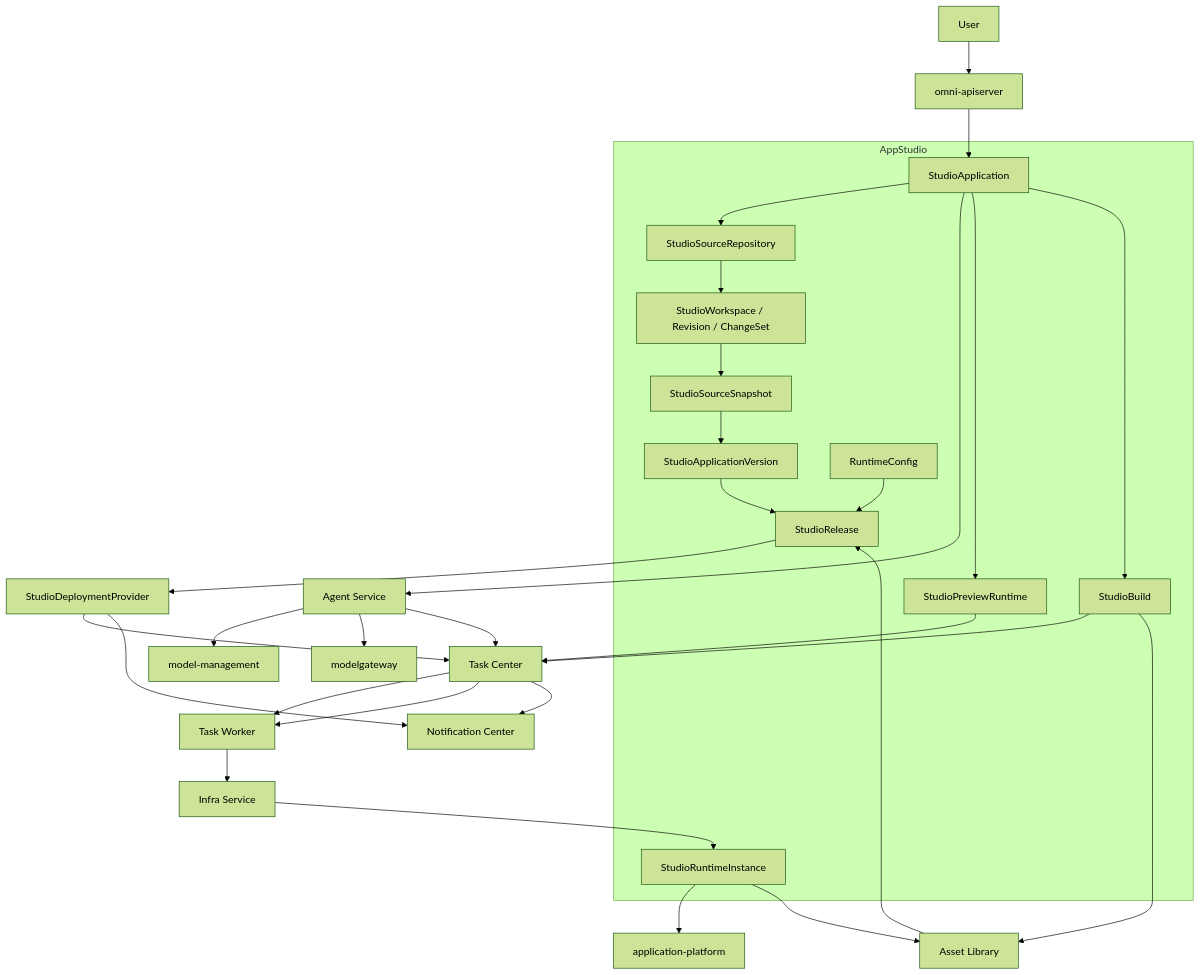
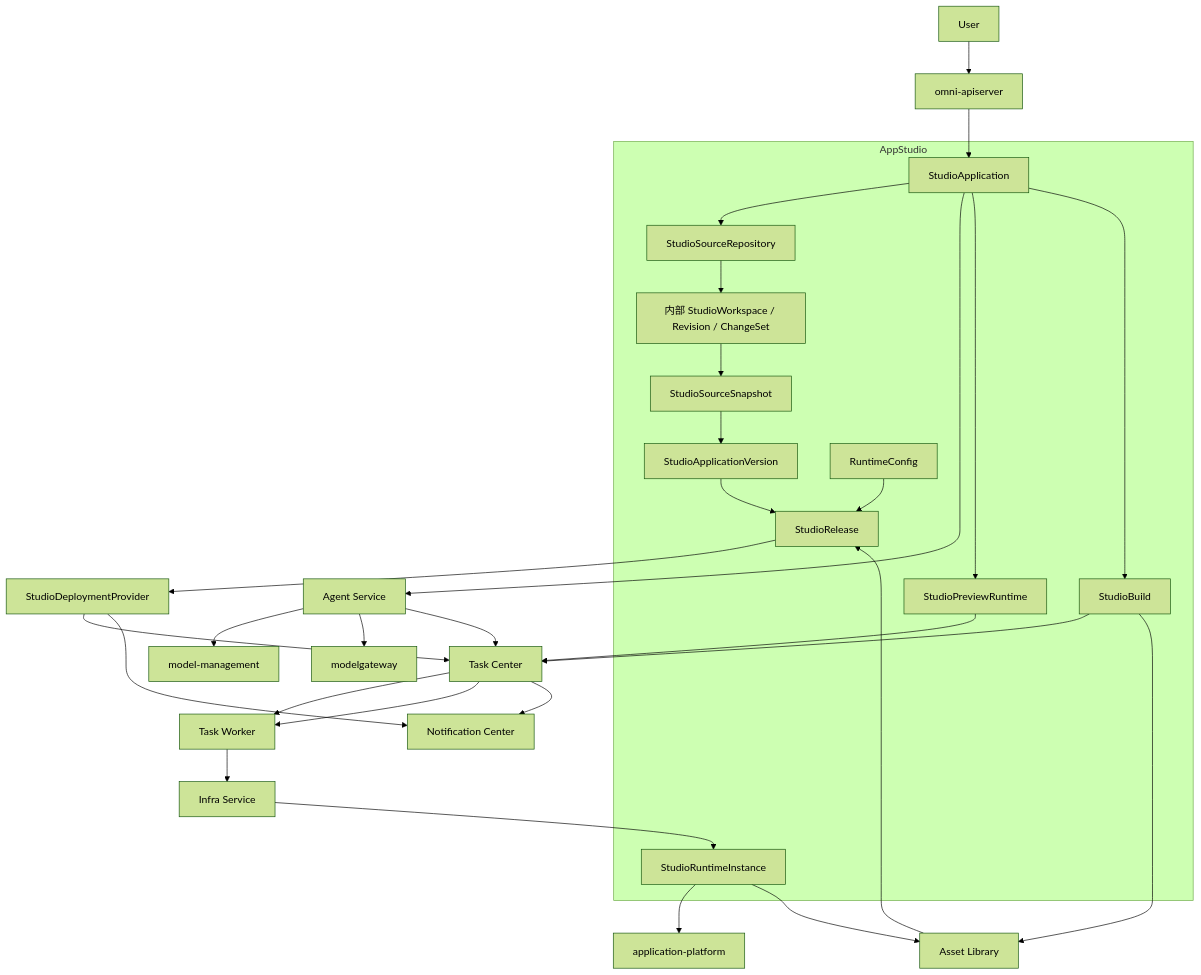
One commit to wangweihong/omnimam-spec changed the first of 11 diagrams in 00_product/domains/appstudio/product-spec.md. Above: the diagram before and after it, drawn with Mermaid (forest theme). The commit also changed other lines of this file and 23 other files, not shown here.

````diff
--- a/00_product/domains/appstudio/product-spec.md
+++ b/00_product/domains/appstudio/product-spec.md
@@ -293,65 +293,65 @@
 ```mermaid
 flowchart TB
     USER[User]
     API[omni-apiserver]
 
     subgraph STUDIO["AppStudio"]
         APPLICATION[StudioApplication]
         REPOSITORY[StudioSourceRepository]
-        WORKSPACE[StudioWorkspace / Revision / ChangeSet]
+        WORKSPACE[内部 StudioWorkspace / Revision / ChangeSet]
         SNAPSHOT[StudioSourceSnapshot]
         VERSION[StudioApplicationVersion]
         PREVIEW[StudioPreviewRuntime]
         BUILD[StudioBuild]
         CONFIG[RuntimeConfig]
         RELEASE[StudioRelease]
         RUNTIME[StudioRuntimeInstance]
     end
 
     AGENT[Agent Service]
     MM[model-management]
     MG[modelgateway]
     TASK[Task Center]
     WORKER[Task Worker]
     INFRA[Infra Service]
     DEPLOY[StudioDeploymentProvider]
     ASSET[Asset Library]
     APP_PLATFORM[application-platform]
     NOTICE[Notification Center]
 
     USER --> API
     API --> APPLICATION
 
     APPLICATION --> REPOSITORY
     REPOSITORY --> WORKSPACE
     WORKSPACE --> SNAPSHOT
     SNAPSHOT --> VERSION
 
     APPLICATION --> AGENT
     AGENT --> MM
     AGENT --> MG
     AGENT --> TASK
 
     APPLICATION --> PREVIEW
     PREVIEW --> TASK
     TASK --> WORKER
 
     APPLICATION --> BUILD
     BUILD --> TASK
     TASK --> WORKER
 
     BUILD --> ASSET
     ASSET --> RELEASE
     VERSION --> RELEASE
     CONFIG --> RELEASE
     RELEASE --> DEPLOY
     DEPLOY --> TASK
     WORKER --> INFRA
     INFRA --> RUNTIME
 
     RUNTIME --> APP_PLATFORM
     RUNTIME --> ASSET
 
     TASK --> NOTICE
     DEPLOY --> NOTICE
 ```
````
